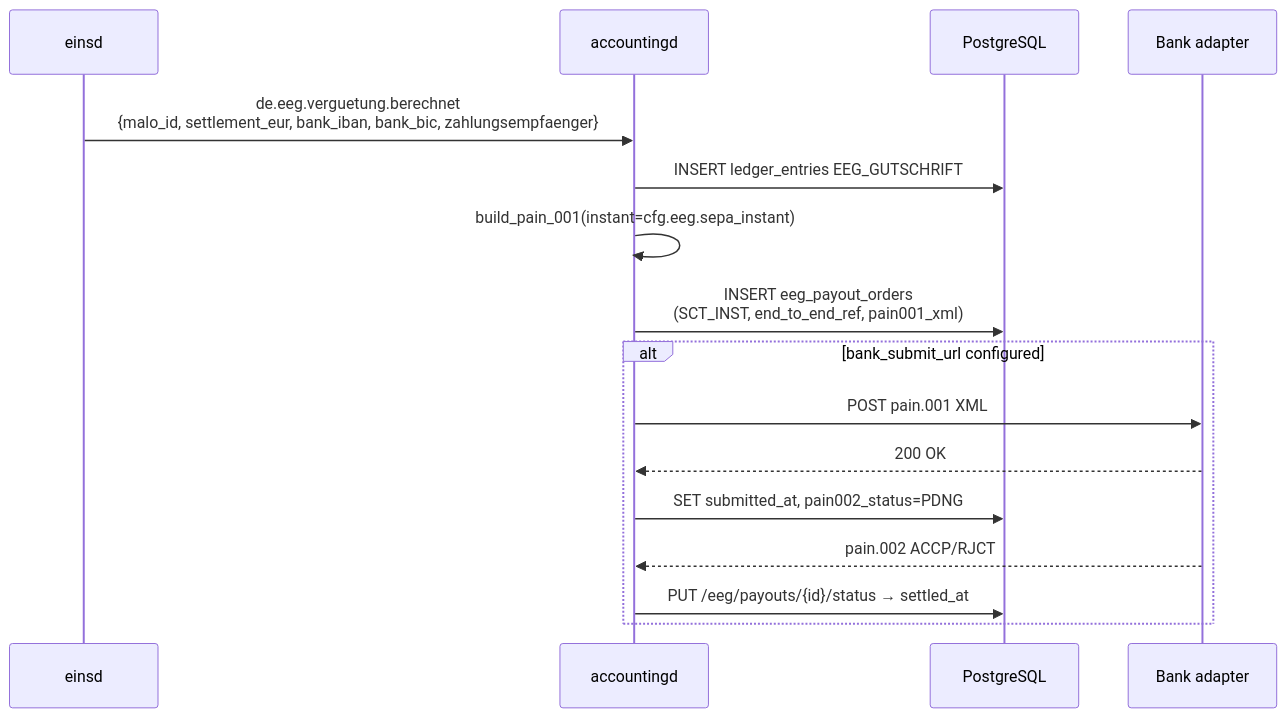
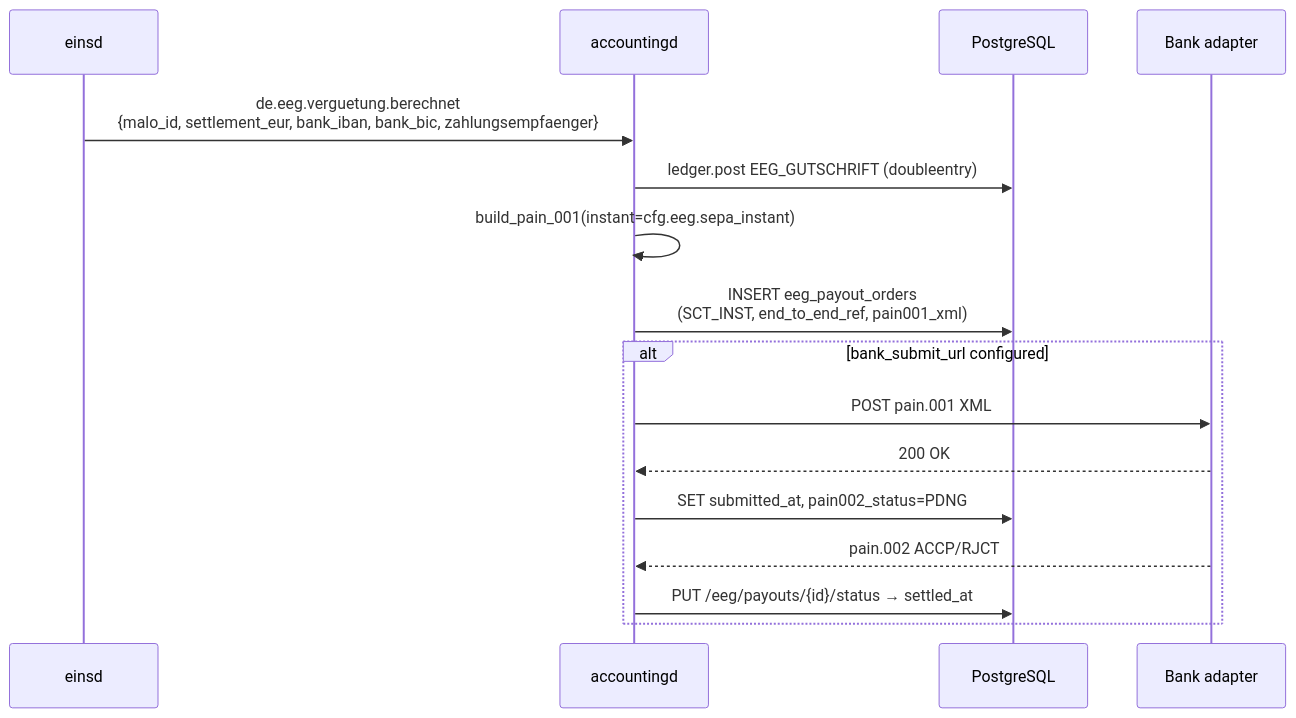
Before and after one commit to hupe1980/mako: the fifth of 5 diagrams in docs/accountingd.md, drawn with Mermaid. The commit also changed other lines of this file and 31 other files, not shown here.

First line of the commit message:
Refactor accounting tests to utilize doubleentry ledger

````diff
--- a/docs/accountingd.md
+++ b/docs/accountingd.md
@@ -629,19 +706,19 @@
 ```mermaid
 sequenceDiagram
     participant einsd
     participant accountingd
     participant DB as PostgreSQL
     participant Bank as Bank adapter
 
     einsd->>accountingd: de.eeg.verguetung.berechnet<br/>{malo_id, settlement_eur, bank_iban, bank_bic, zahlungsempfaenger}
-    accountingd->>DB: INSERT ledger_entries EEG_GUTSCHRIFT
+    accountingd->>DB: ledger.post EEG_GUTSCHRIFT (doubleentry)
     accountingd->>accountingd: build_pain_001(instant=cfg.eeg.sepa_instant)
     accountingd->>DB: INSERT eeg_payout_orders<br/>(SCT_INST, end_to_end_ref, pain001_xml)
     alt bank_submit_url configured
         accountingd->>Bank: POST pain.001 XML
         Bank-->>accountingd: 200 OK
         accountingd->>DB: SET submitted_at, pain002_status=PDNG
         Bank-->>accountingd: pain.002 ACCP/RJCT
         accountingd->>DB: PUT /eeg/payouts/{id}/status → settled_at
     end
 ```
````
